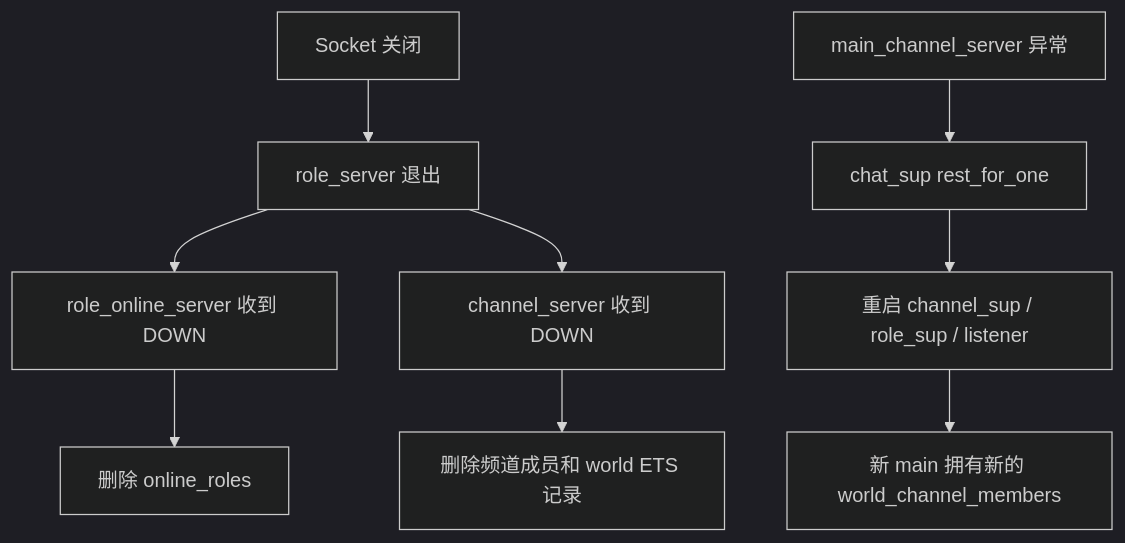
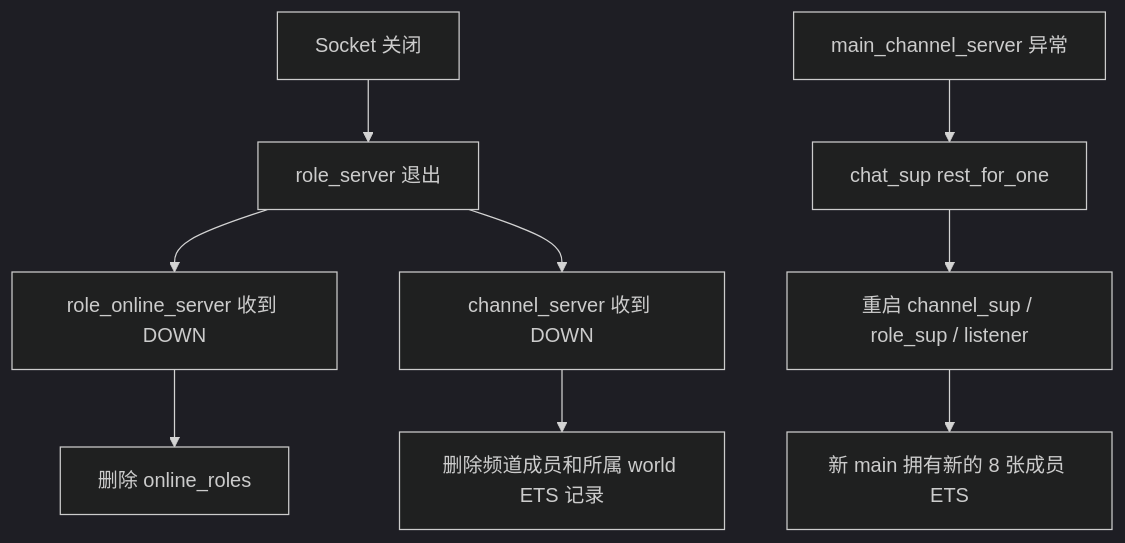
The sixth of 6 diagrams in docs/Chat V1.2 设计文档.md (chrison18/erlang-game-chat-server), drawn with Mermaid (dark theme) before and after one commit. The commit also changed other lines of this file and 6 other files, not shown here.

````diff
--- a/docs/Chat V1.2 设计文档.md
+++ b/docs/Chat V1.2 设计文档.md
@@ -151,12 +158,12 @@
 ```mermaid
 flowchart TD
     Closed[Socket 关闭] --> RoleExit[role_server 退出]
     RoleExit --> OnlineDown[role_online_server 收到 DOWN]
     RoleExit --> ChannelDown[channel_server 收到 DOWN]
     OnlineDown --> RemoveOnline[删除 online_roles]
-    ChannelDown --> RemoveMembers[删除频道成员和 world ETS 记录]
+    ChannelDown --> RemoveMembers[删除频道成员和所属 world ETS 记录]
 
     MainCrash[main_channel_server 异常] --> RestForOne[chat_sup rest_for_one]
     RestForOne --> Restart[重启 channel_sup / role_sup / listener]
-    Restart --> Fresh[新 main 拥有新的 world_channel_members]
+    Restart --> Fresh[新 main 拥有新的 8 张成员 ETS]
 ```
````
